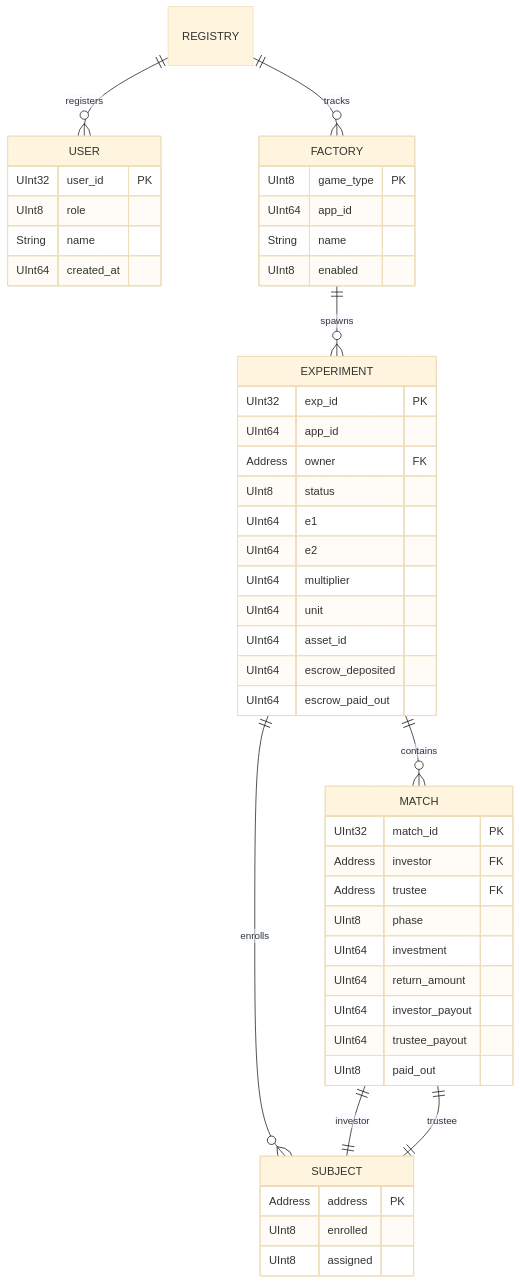
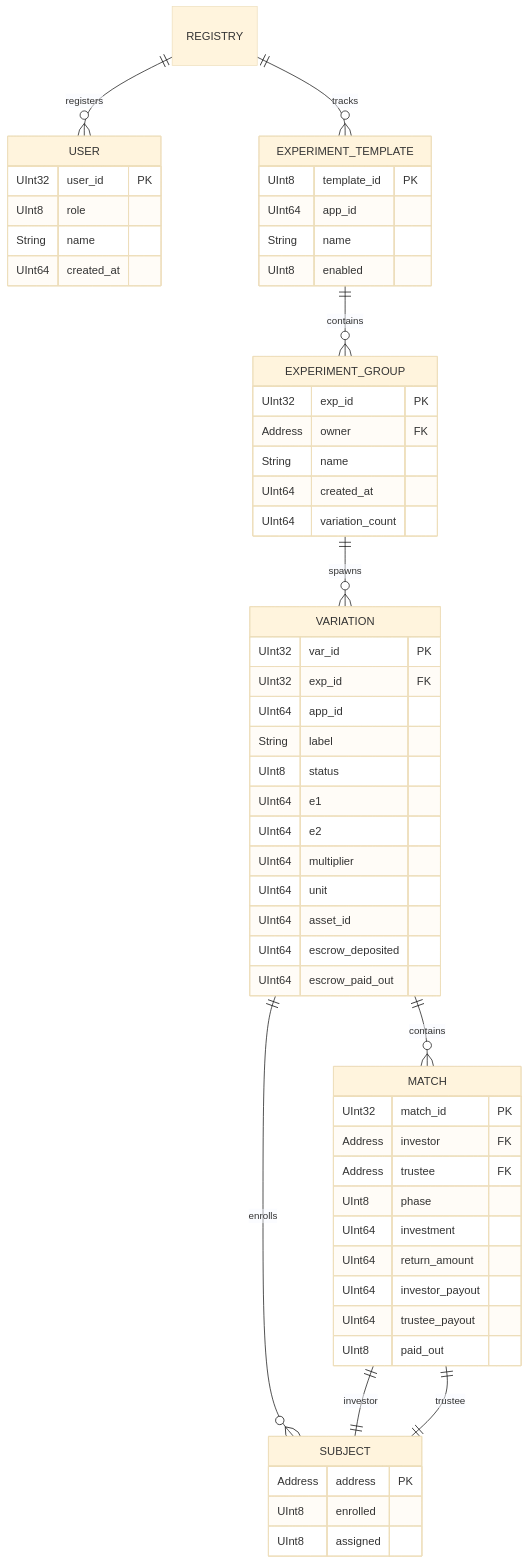
One commit to Open-Science-Blockchain-Economics/bx-hive changed the fifth of 10 diagrams in docs/smart-contract-architecture.md. Above: the diagram before and after it, drawn with Mermaid (base theme). The commit also changed other lines of this file, not shown here.

````diff
--- a/docs/smart-contract-architecture.md
+++ b/docs/smart-contract-architecture.md
@@ -288,56 +282,66 @@
 ```mermaid
 erDiagram
     REGISTRY ||--o{ USER : "registers"
-    REGISTRY ||--o{ FACTORY : "tracks"
-    FACTORY ||--o{ EXPERIMENT : "spawns"
-    EXPERIMENT ||--o{ SUBJECT : "enrolls"
-    EXPERIMENT ||--o{ MATCH : "contains"
+    REGISTRY ||--o{ EXPERIMENT_TEMPLATE : "tracks"
+    EXPERIMENT_TEMPLATE ||--o{ EXPERIMENT_GROUP : "contains"
+    EXPERIMENT_GROUP ||--o{ VARIATION : "spawns"
+    VARIATION ||--o{ SUBJECT : "enrolls"
+    VARIATION ||--o{ MATCH : "contains"
     MATCH ||--|| SUBJECT : "investor"
     MATCH ||--|| SUBJECT : "trustee"
 
     USER {
         UInt32 user_id PK
         UInt8 role
         String name
         UInt64 created_at
     }
 
-    FACTORY {
-        UInt8 game_type PK
+    EXPERIMENT_TEMPLATE {
+        UInt8 template_id PK
         UInt64 app_id
         String name
         UInt8 enabled
     }
 
-    EXPERIMENT {
+    EXPERIMENT_GROUP {
         UInt32 exp_id PK
+        Address owner FK
+        String name
+        UInt64 created_at
+        UInt64 variation_count
+    }
+
+    VARIATION {
+        UInt32 var_id PK
+        UInt32 exp_id FK
         UInt64 app_id
-        Address owner FK
+        String label
         UInt8 status
         UInt64 e1
         UInt64 e2
         UInt64 multiplier
         UInt64 unit
         UInt64 asset_id
         UInt64 escrow_deposited
         UInt64 escrow_paid_out
     }
 
     SUBJECT {
         Address address PK
         UInt8 enrolled
         UInt8 assigned
     }
 
     MATCH {
         UInt32 match_id PK
         Address investor FK
         Address trustee FK
         UInt8 phase
         UInt64 investment
         UInt64 return_amount
         UInt64 investor_payout
         UInt64 trustee_payout
         UInt8 paid_out
     }
 ```
````
